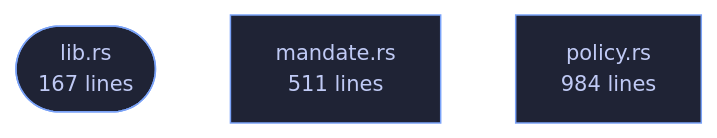
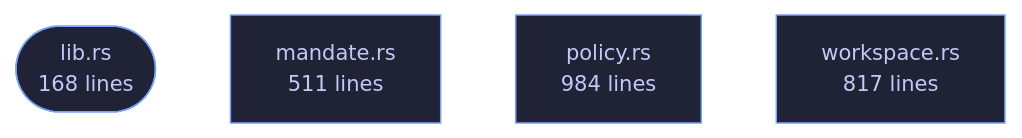
One commit to tilas01/veilvoice changed the diagram in crates/veilvoice-policy/README.md. Above: the diagram before and after it, drawn with Mermaid. The commit also changed other lines of this file and 550 other files, not shown here.

````diff
--- a/crates/veilvoice-policy/README.md
+++ b/crates/veilvoice-policy/README.md
@@ -104,10 +104,12 @@
 ```mermaid
 %%{init: {"theme":"base","themeVariables":{"background":"#1a1b26","primaryColor":"#1f2335","primaryTextColor":"#c0caf5","primaryBorderColor":"#7aa2f7","secondaryColor":"#16161e","tertiaryColor":"#16161e","lineColor":"#737aa2","textColor":"#c0caf5","mainBkg":"#1f2335","nodeBorder":"#7aa2f7","clusterBkg":"#16161e","clusterBorder":"#2f3549","fontFamily":"ui-monospace, SFMono-Regular, Consolas, monospace","fontSize":"14px"}}}%%
 flowchart TD
-    n_lib(["lib.rs<br/>167 lines"])
+    n_lib(["lib.rs<br/>168 lines"])
     n_mandate["mandate.rs<br/>511 lines"]
     n_policy["policy.rs<br/>984 lines"]
+    n_workspace["workspace.rs<br/>817 lines"]
     click n_lib href "https://github.com/tilas01/veilvoice/blob/main/crates/veilvoice-policy/src/lib.rs" "open the source"
     click n_mandate href "https://github.com/tilas01/veilvoice/blob/main/crates/veilvoice-policy/src/mandate.rs" "open the source"
     click n_policy href "https://github.com/tilas01/veilvoice/blob/main/crates/veilvoice-policy/src/policy.rs" "open the source"
+    click n_workspace href "https://github.com/tilas01/veilvoice/blob/main/crates/veilvoice-policy/src/workspace.rs" "open the source"
 ```
````
